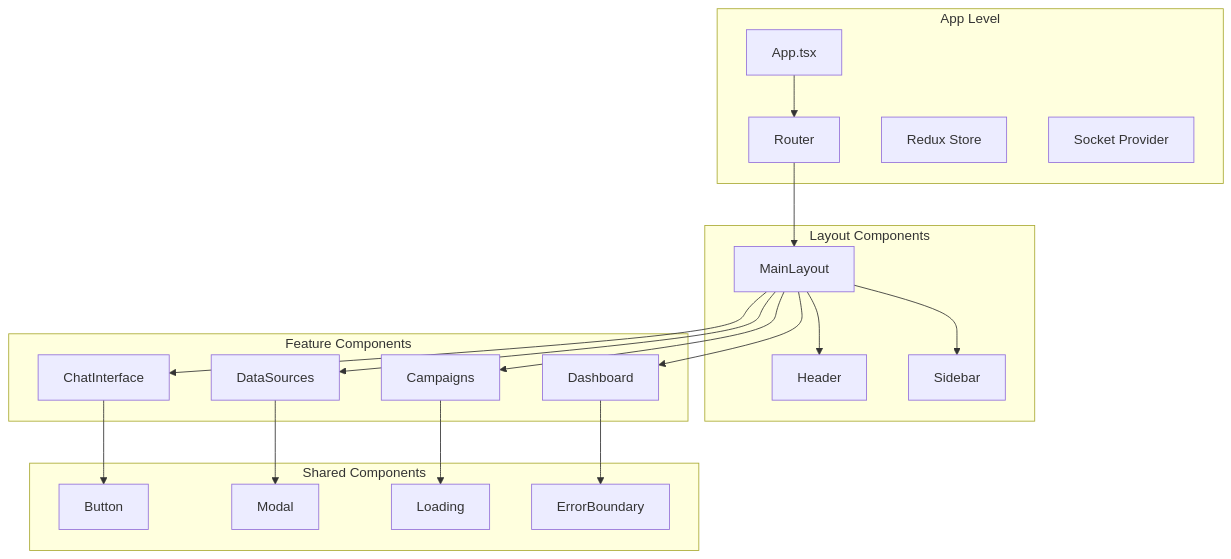
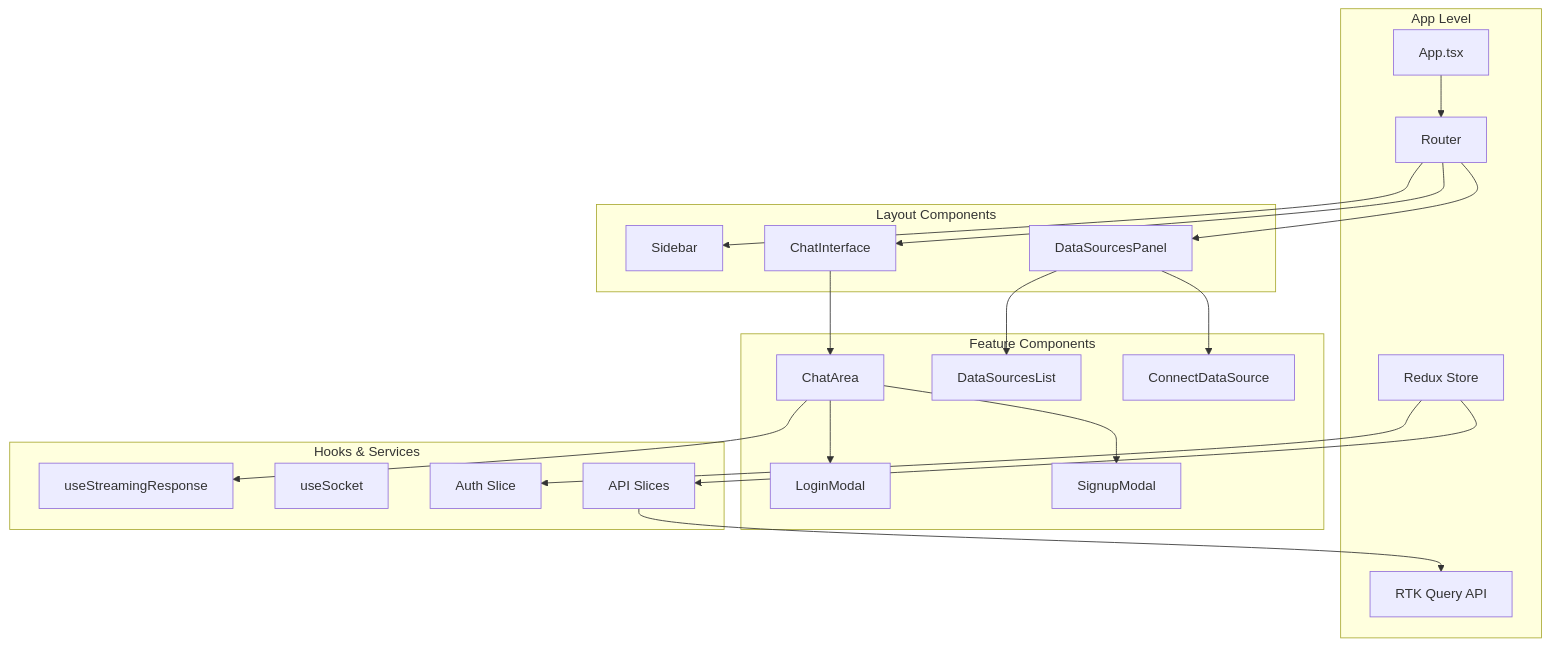
One commit to sakibrahmanchy/markopolo-ai-fullstack-challenge changed the diagram in docs/frontend-design.md. Above: the diagram before and after it, drawn with Mermaid. The commit also changed other lines of this file and 18 other files, not shown here.

````diff
--- a/docs/frontend-design.md
+++ b/docs/frontend-design.md
@@ -13,42 +14,44 @@
 ```mermaid
 graph TB
     subgraph "App Level"
         A[App.tsx]
         B[Router]
         C[Redux Store]
-        D[Socket Provider]
+        D[RTK Query API]
     end
     
     subgraph "Layout Components"
-        E[Header]
-        F[Sidebar]
-        G[MainLayout]
+        E[Sidebar]
+        F[ChatInterface]
+        G[DataSourcesPanel]
     end
     
     subgraph "Feature Components"
-        H[ChatInterface]
-        I[DataSources]
-        J[Campaigns]
-        K[Dashboard]
+        H[ChatArea]
+        I[DataSourcesList]
+        J[ConnectDataSource]
+        K[LoginModal]
+        L[SignupModal]
     end
     
-    subgraph "Shared Components"
-        L[Button]
-        M[Modal]
-        N[Loading]
-        O[ErrorBoundary]
+    subgraph "Hooks & Services"
+        M[useStreamingResponse]
+        N[useSocket]
+        O[Auth Slice]
+        P[API Slices]
     end
     
     A --> B
+    B --> E
+    B --> F
     B --> G
-    G --> E
-    G --> F
-    G --> H
+    F --> H
     G --> I
     G --> J
-    G --> K
+    H --> K
     H --> L
-    I --> M
-    J --> N
-    K --> O
+    H --> M
+    C --> O
+    C --> P
+    P --> D
 ```
````
